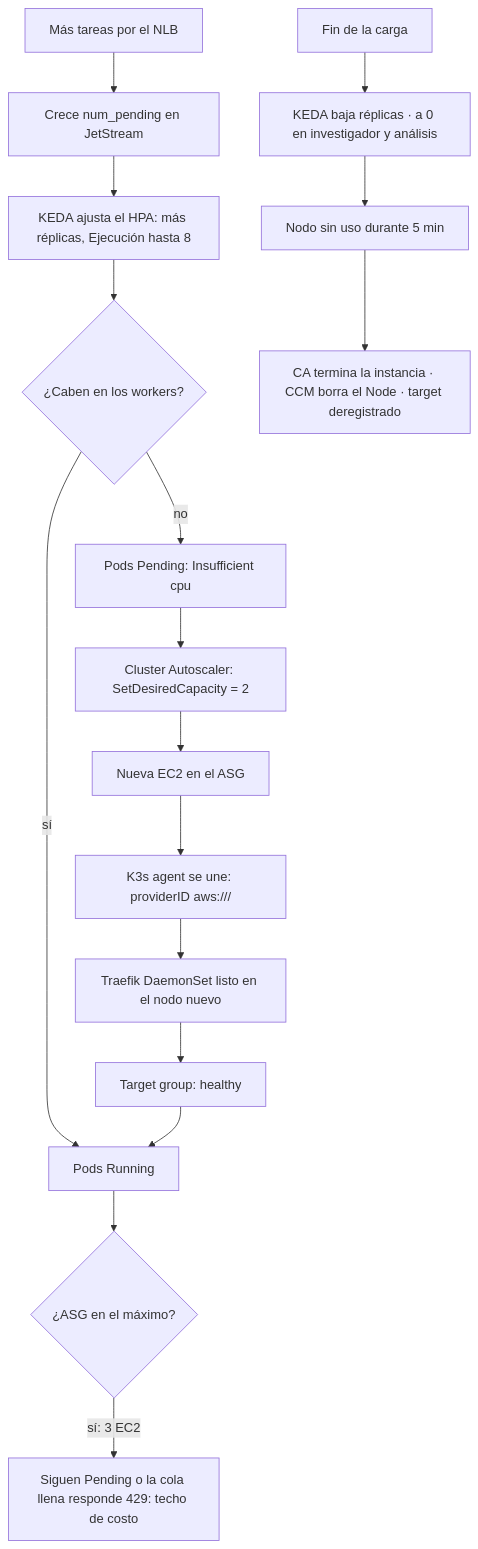
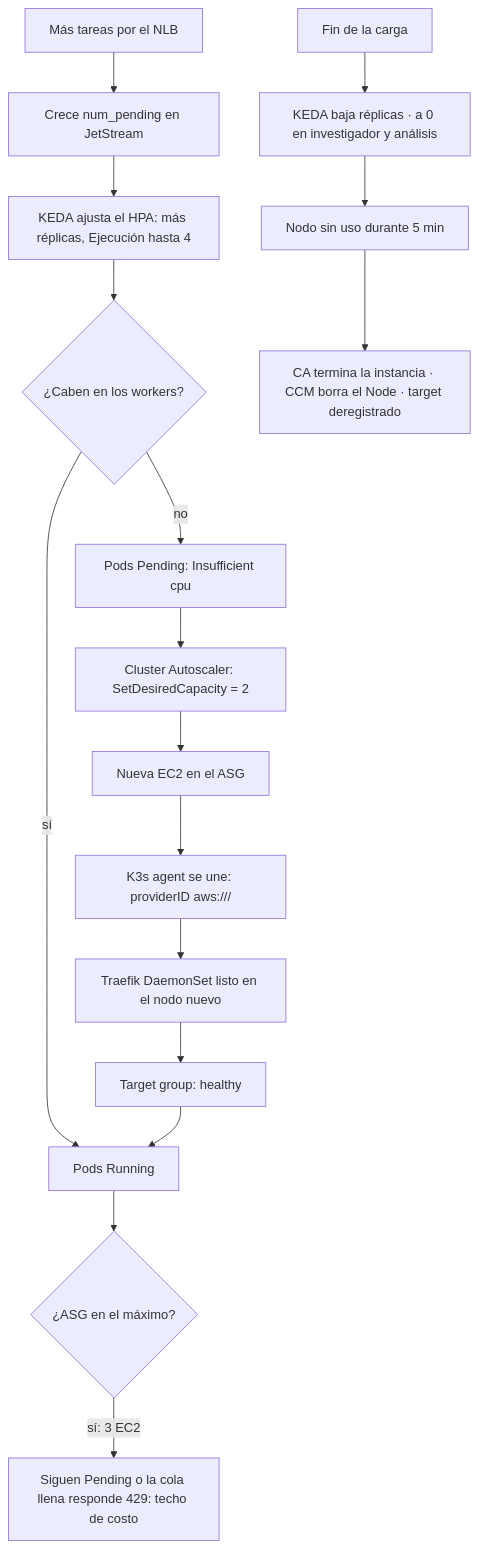
One commit to Andresm98/03-agentic-platform-swe changed the eighth of 8 diagrams in docs/IMPLEMENTATION_PLAN.md. Above: the diagram before and after it, drawn with Mermaid. The commit also changed other lines of this file and 10 other files, not shown here.

````diff
--- a/docs/IMPLEMENTATION_PLAN.md
+++ b/docs/IMPLEMENTATION_PLAN.md
@@ -379,19 +379,19 @@
 ```mermaid
 flowchart TB
   load["Más tareas por el NLB"] --> q["Crece num_pending en JetStream"]
-  q --> keda["KEDA ajusta el HPA: más réplicas, Ejecución hasta 8"]
+  q --> keda["KEDA ajusta el HPA: más réplicas, Ejecución hasta 4"]
   keda --> fit{"¿Caben en los workers?"}
   fit -->|sí| run["Pods Running"]
   fit -->|no| pend["Pods Pending: Insufficient cpu"]
   pend --> ca["Cluster Autoscaler: SetDesiredCapacity = 2"]
   ca --> ec2["Nueva EC2 en el ASG"]
   ec2 --> join["K3s agent se une: providerID aws:///"]
   join --> ds["Traefik DaemonSet listo en el nodo nuevo"]
   ds --> tgh["Target group: healthy"]
   tgh --> run
   run --> cap{"¿ASG en el máximo?"}
   cap -->|"sí: 3 EC2"| shed["Siguen Pending o la cola llena responde 429: techo de costo"]
   idle["Fin de la carga"] --> down["KEDA baja réplicas · a 0 en investigador y análisis"]
   down --> unneeded["Nodo sin uso durante 5 min"]
   unneeded --> term["CA termina la instancia · CCM borra el Node · target deregistrado"]
 ```
````
